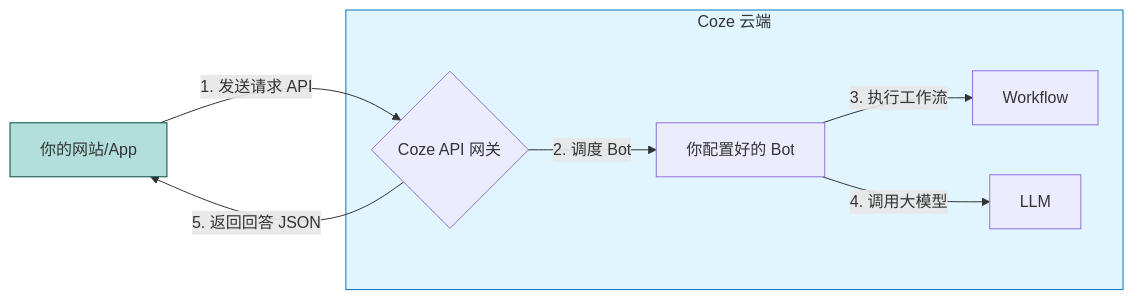
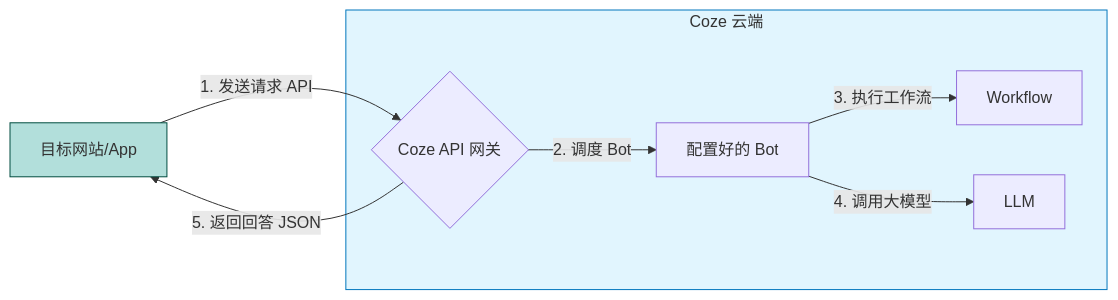
One commit to briefness/LZYBlog changed the diagram in docs/posts/coze/10_Publishing_Integration.md. Above: the diagram before and after it, drawn with Mermaid. The commit also changed other lines of this file and 36 other files, not shown here.

````diff
--- a/docs/posts/coze/10_Publishing_Integration.md
+++ b/docs/posts/coze/10_Publishing_Integration.md
@@ -23,15 +23,15 @@
 ```mermaid
 graph LR
-    MyWeb["你的网站/App"] -->|1. 发送请求 API| CozeAPI{"Coze API 网关"}
+    MyWeb["目标网站/App"] -->|1. 发送请求 API| CozeAPI{"Coze API 网关"}
     
     subgraph Coze_Cloud [Coze 云端]
-        CozeAPI -->|2. 调度 Bot| MyBot["你配置好的 Bot"]
+        CozeAPI -->|2. 调度 Bot| MyBot["配置好的 Bot"]
         MyBot -->|3. 执行工作流| Workflow
         MyBot -->|4. 调用大模型| LLM
     end
     
     CozeAPI -->|5. 返回回答 JSON| MyWeb
     
     style MyWeb fill:#b2dfdb,stroke:#004d40
     style Coze_Cloud fill:#e1f5fe,stroke:#0277bd
 ```
````
